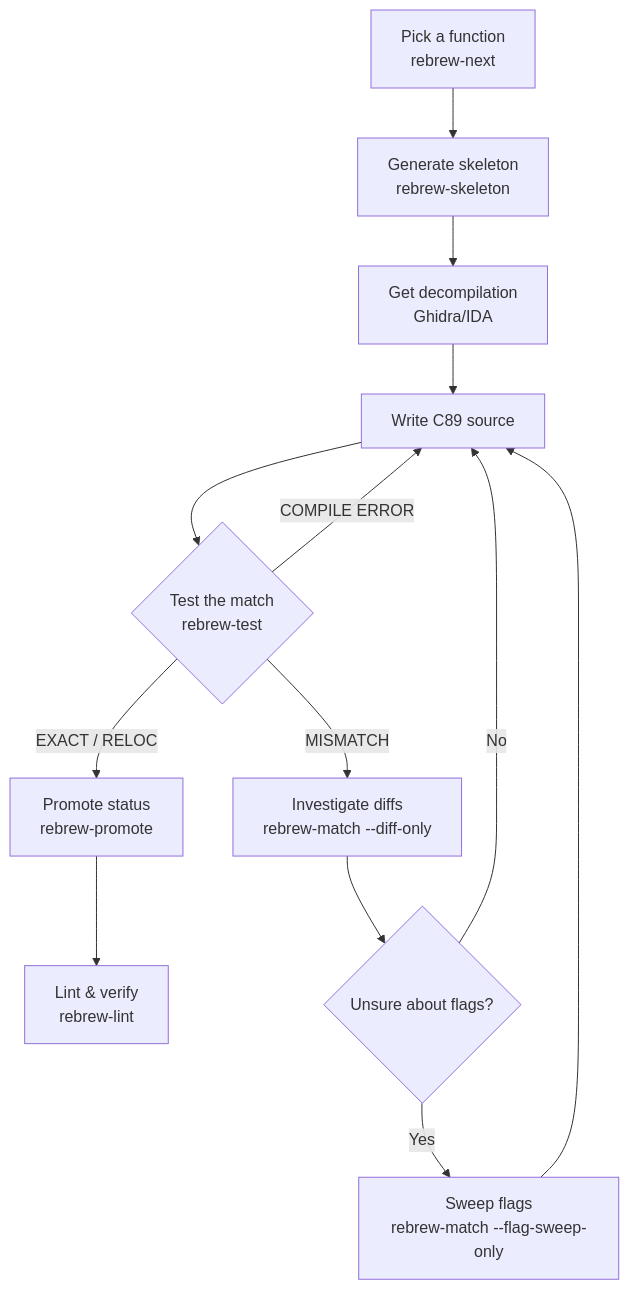
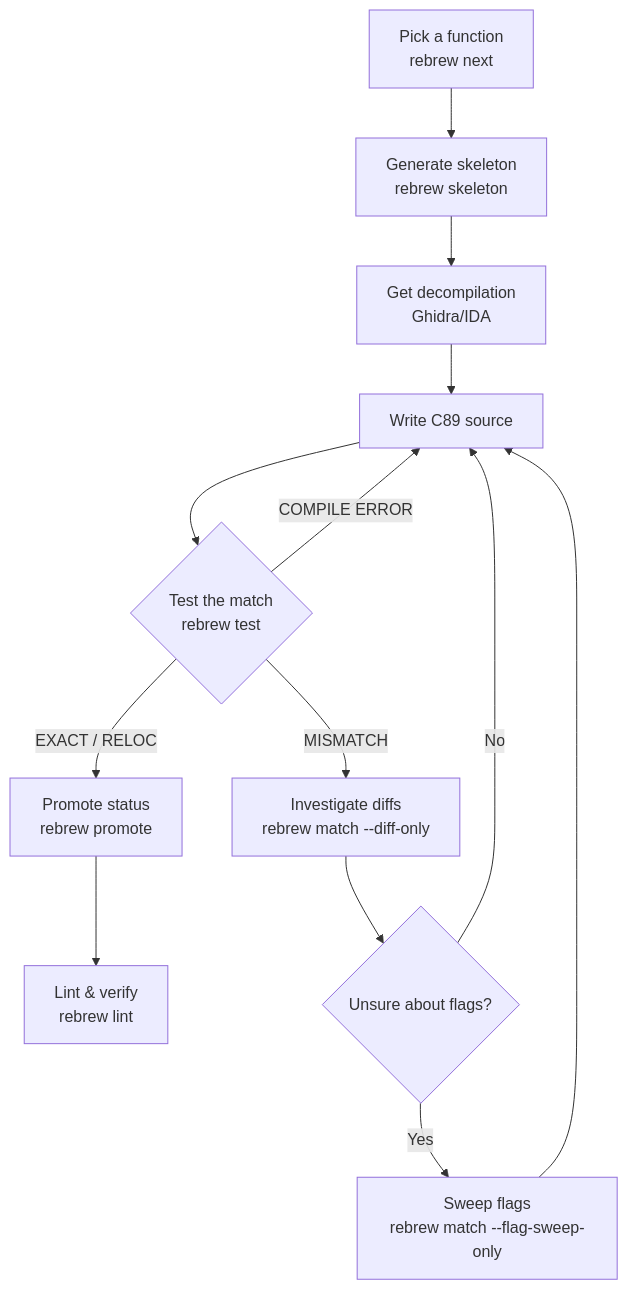
The diagram in docs/WORKFLOW.md (maci0/rebrew), drawn with Mermaid before and after one commit. The commit also changed other lines of this file and 16 other files, not shown here.

````diff
--- a/docs/WORKFLOW.md
+++ b/docs/WORKFLOW.md
@@ -100,15 +100,15 @@
 ```mermaid
 graph TD
-    Pick[Pick a function<br/>rebrew-next] --> Gen[Generate skeleton<br/>rebrew-skeleton]
+    Pick[Pick a function<br/>rebrew next] --> Gen[Generate skeleton<br/>rebrew skeleton]
     Gen --> Decomp[Get decompilation<br/>Ghidra/IDA]
     Decomp --> Write[Write C89 source]
-    Write --> Test{Test the match<br/>rebrew-test}
-    Test -->|EXACT / RELOC| Promote[Promote status<br/>rebrew-promote]
-    Test -->|MISMATCH| Diff[Investigate diffs<br/>rebrew-match --diff-only]
+    Write --> Test{Test the match<br/>rebrew test}
+    Test -->|EXACT / RELOC| Promote[Promote status<br/>rebrew promote]
+    Test -->|MISMATCH| Diff[Investigate diffs<br/>rebrew match --diff-only]
     Test -->|COMPILE ERROR| Write
-    Promote --> Lint[Lint & verify<br/>rebrew-lint]
+    Promote --> Lint[Lint & verify<br/>rebrew lint]
     Diff --> Flags{Unsure about flags?}
-    Flags -->|Yes| Sweep[Sweep flags<br/>rebrew-match --flag-sweep-only]
+    Flags -->|Yes| Sweep[Sweep flags<br/>rebrew match --flag-sweep-only]
     Sweep --> Write
     Flags -->|No| Write
 ```
````
